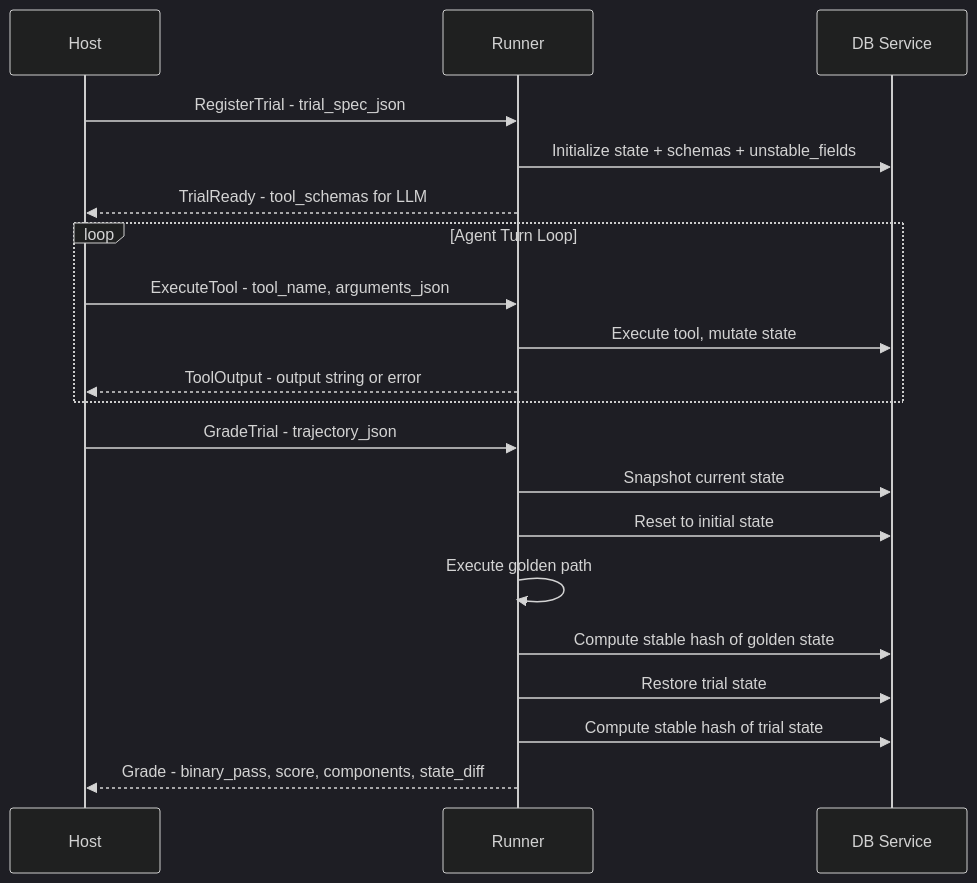
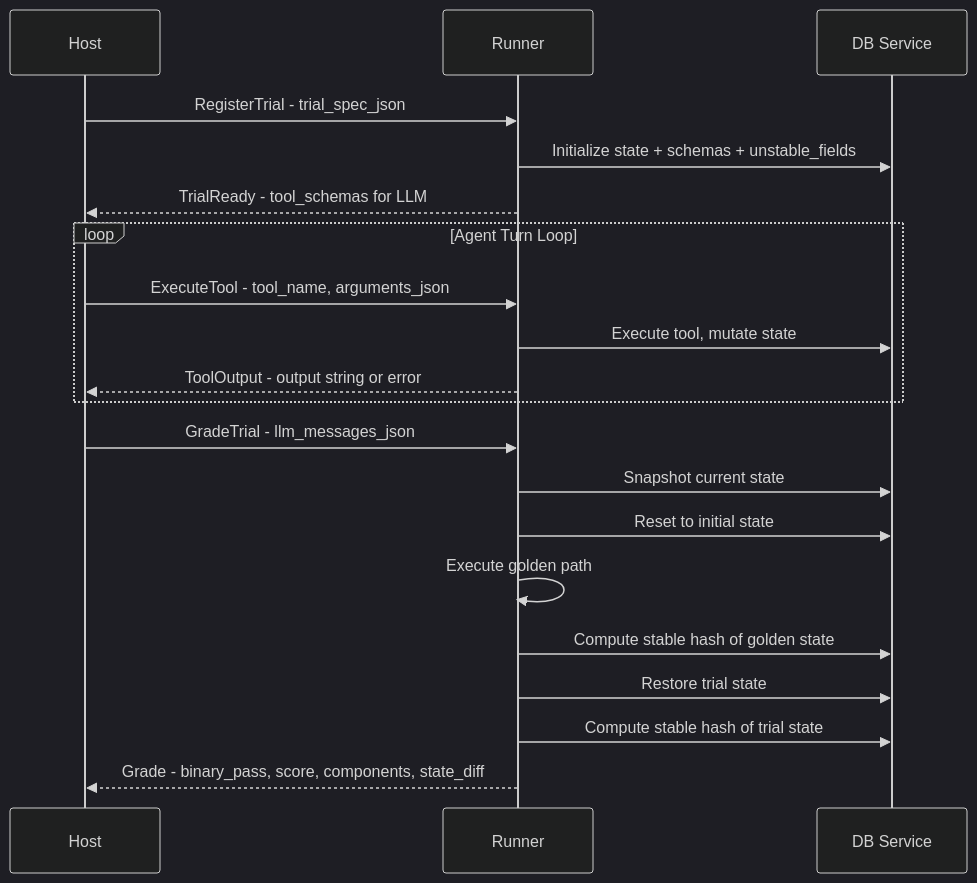
The diagram in docs/GRPC_PROTOCOL.md (Toloka/tolokaforge), drawn with Mermaid (dark theme) before and after one commit. The commit also changed other lines of this file and 11 other files, not shown here.

````diff
--- a/docs/GRPC_PROTOCOL.md
+++ b/docs/GRPC_PROTOCOL.md
@@ -44,25 +44,25 @@
 ```mermaid
 sequenceDiagram
     participant H as Host
     participant R as Runner
     participant DB as DB Service
 
     H->>R: RegisterTrial - trial_spec_json
     R->>DB: Initialize state + schemas + unstable_fields
     R-->>H: TrialReady - tool_schemas for LLM
 
     loop Agent Turn Loop
         H->>R: ExecuteTool - tool_name, arguments_json
         R->>DB: Execute tool, mutate state
         R-->>H: ToolOutput - output string or error
     end
 
-    H->>R: GradeTrial - trajectory_json
+    H->>R: GradeTrial - llm_messages_json
     R->>DB: Snapshot current state
     R->>DB: Reset to initial state
     R->>R: Execute golden path
     R->>DB: Compute stable hash of golden state
     R->>DB: Restore trial state
     R->>DB: Compute stable hash of trial state
     R-->>H: Grade - binary_pass, score, components, state_diff
 ```
````
